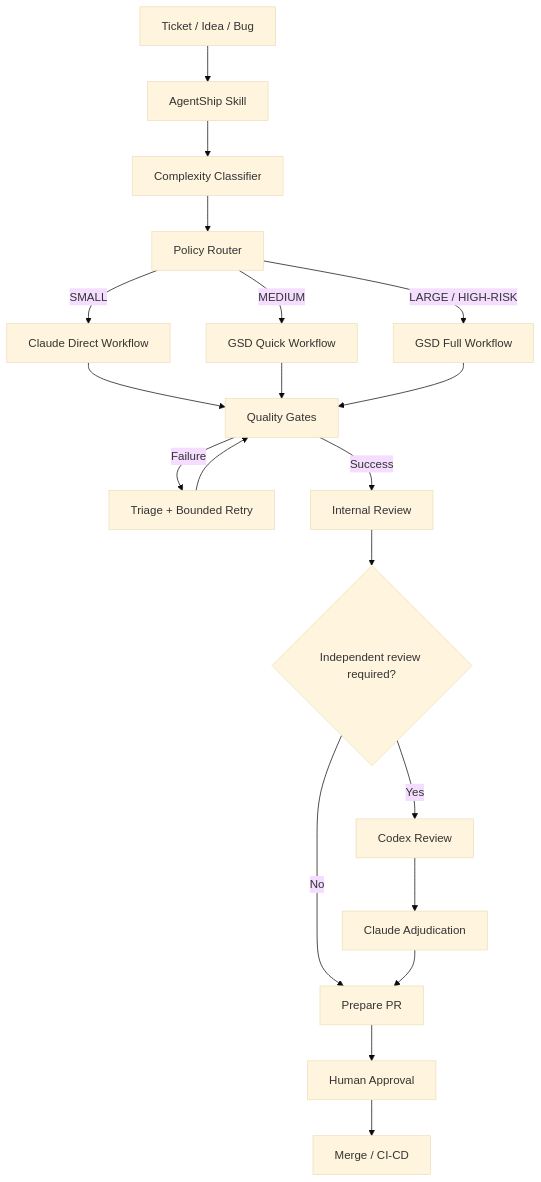
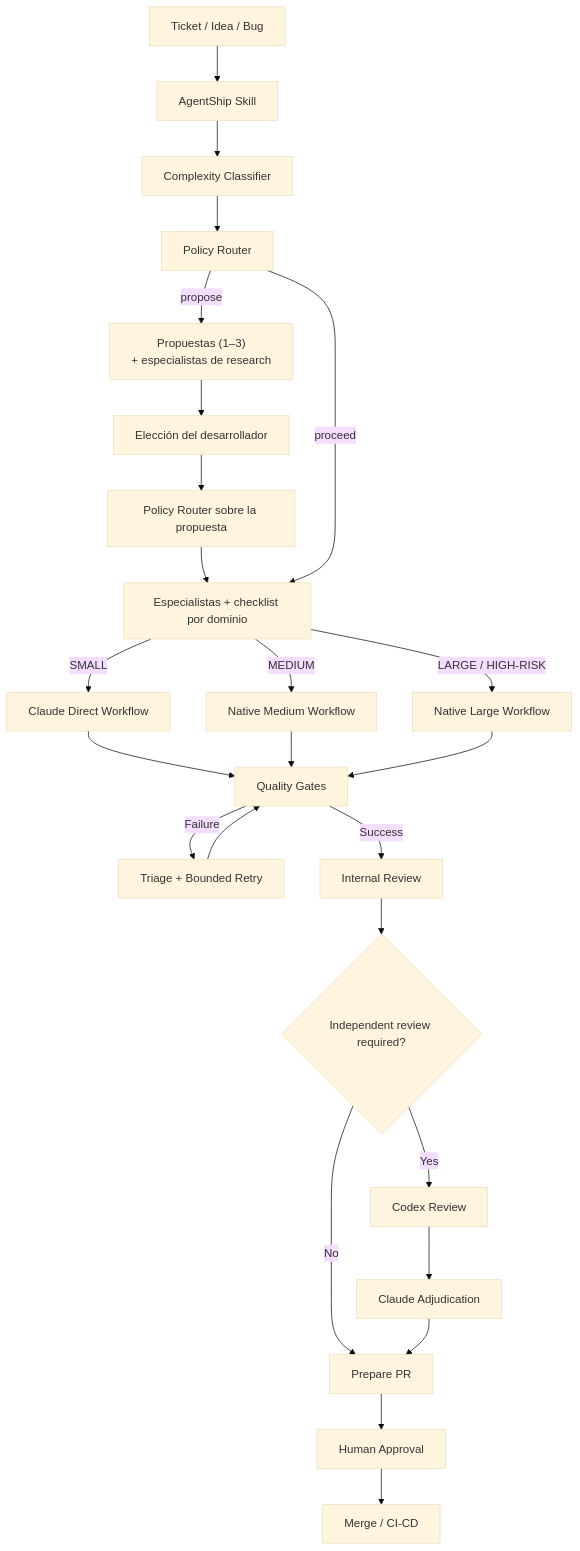
The diagram in IMPLEMENTATION_PLAN.md (dong4to/agentship), drawn with Mermaid (base theme) before and after one commit. The commit also changed other lines of this file and 38 other files, not shown here.

````diff
--- a/IMPLEMENTATION_PLAN.md
+++ b/IMPLEMENTATION_PLAN.md
@@ -141,28 +145,33 @@
 ```mermaid
 flowchart TD
     A["Ticket / Idea / Bug"] --> B["AgentShip Skill"]
     B --> C["Complexity Classifier"]
     C --> D["Policy Router"]
+    D -->|propose| PP["Propuestas (1–3)<br/>+ especialistas de research"]
+    PP --> SEL["Elección del desarrollador"]
+    SEL --> D2["Policy Router sobre la propuesta"]
+    D2 --> SP
+    D -->|proceed| SP["Especialistas + checklist por dominio"]
 
-    D -->|SMALL| S["Claude Direct Workflow"]
-    D -->|MEDIUM| M["GSD Quick Workflow"]
-    D -->|LARGE / HIGH-RISK| L["GSD Full Workflow"]
+    SP -->|SMALL| S["Claude Direct Workflow"]
+    SP -->|MEDIUM| M["Native Medium Workflow"]
+    SP -->|LARGE / HIGH-RISK| L["Native Large Workflow"]
 
     S --> Q["Quality Gates"]
     M --> Q
     L --> Q
 
     Q -->|Failure| F["Triage + Bounded Retry"]
     F --> Q
 
     Q -->|Success| R["Internal Review"]
     R --> X{"Independent review required?"}
 
     X -->|No| P["Prepare PR"]
     X -->|Yes| C2["Codex Review"]
     C2 --> V["Claude Adjudication"]
     V --> P
 
     P --> H["Human Approval"]
     H --> E["Merge / CI-CD"]
 ```
````
